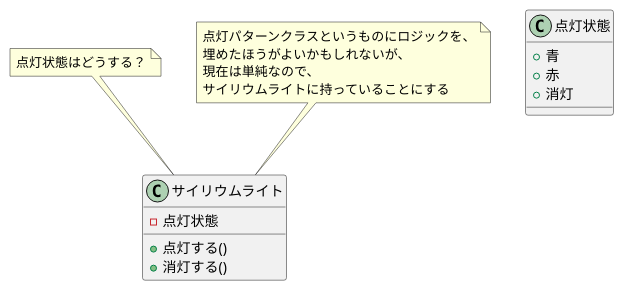
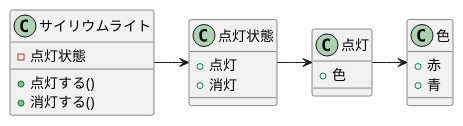
One commit to naokiur/domain-modeling changed the diagram in docs/psyllium/modeling.puml. Above: the diagram before and after it, drawn with PlantUML. The commit also changed 6 other files, not shown here.

```diff
--- a/docs/psyllium/modeling.puml
+++ b/docs/psyllium/modeling.puml
@@ -1,25 +1,27 @@
 @startuml
 class サイリウムライト {
   - 点灯状態
   + 点灯する()
   + 消灯する()
 }
 
 class 点灯状態 {
-  + 青
-  + 赤
+  + 点灯
   + 消灯
 }
 
-note top of サイリウムライト {
-  点灯状態はどうする？
+class 点灯 {
+  + 色
 }
 
-note top of サイリウムライト {
-  点灯パターンクラスというものにロジックを、
-  埋めたほうがよいかもしれないが、
-  現在は単純なので、
-  サイリウムライトに持っていることにする
+class 色 {
+  + 赤
+  + 青
 }
 
+サイリウムライト -> 点灯状態
+点灯状態 -> 点灯
+点灯 -> 色
+
+
 @enduml
```
